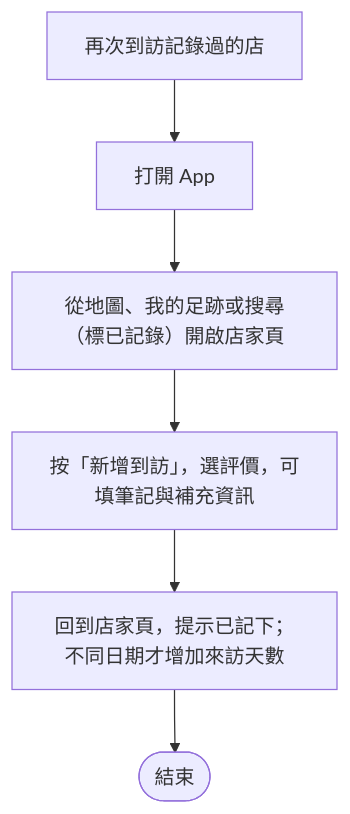
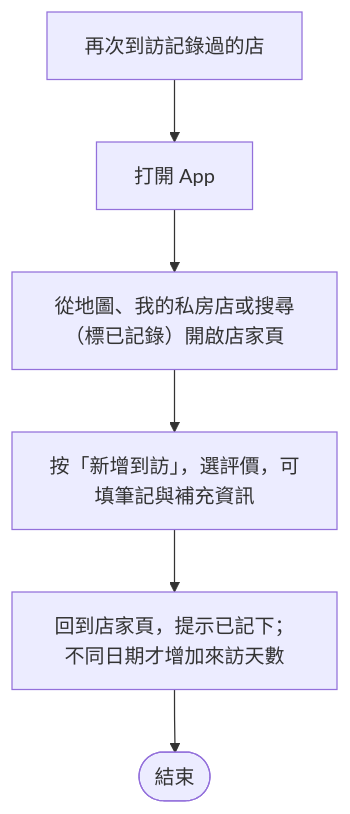
One commit to TooruTW/anaba changed the third of 5 diagrams in DOC/user_stories/mvp-user-scenarios.md. Above: the diagram before and after it, drawn with Mermaid. The commit also changed other lines of this file and 6 other files, not shown here.

````diff
--- a/DOC/user_stories/mvp-user-scenarios.md
+++ b/DOC/user_stories/mvp-user-scenarios.md
@@ -44,8 +44,8 @@
 ```mermaid
 flowchart TD
     A[再次到訪記錄過的店] --> B[打開 App]
-    B --> C[從地圖、我的足跡或搜尋（標已記錄）開啟店家頁]
+    B --> C[從地圖、我的私房店或搜尋（標已記錄）開啟店家頁]
     C --> D[按「新增到訪」，選評價，可填筆記與補充資訊]
     D --> E[回到店家頁，提示已記下；不同日期才增加來訪天數]
     E --> F([結束])
 ```
````
